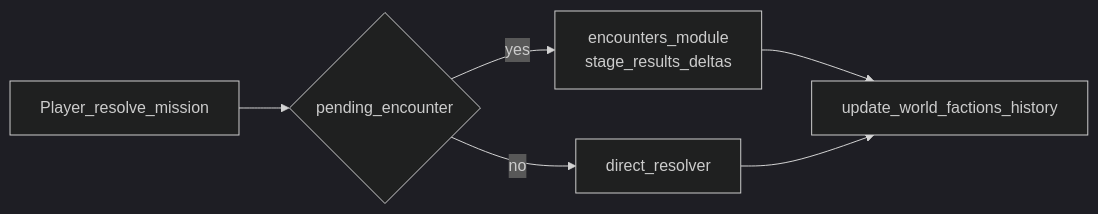
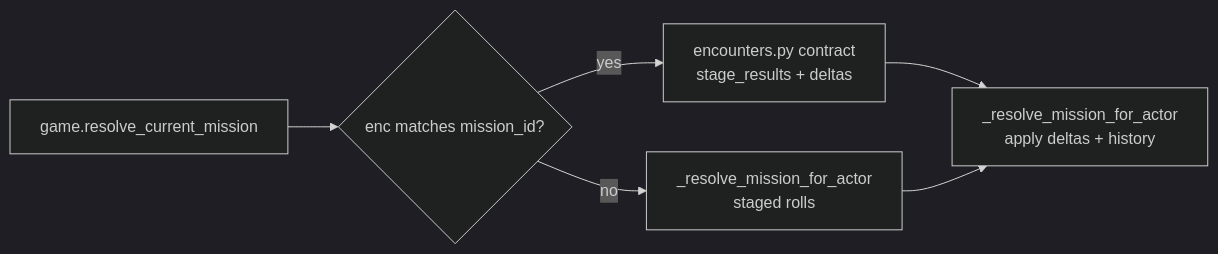
One commit to NeuroGamingLab/Neuro-Threadfall-MAS changed the sixth of 6 diagrams in README.md. Above: the diagram before and after it, drawn with Mermaid. The commit also changed other lines of this file, not shown here.

````diff
--- a/README.md
+++ b/README.md
@@ -169,9 +206,9 @@
 ```mermaid
 %%{init: {'theme':'dark'}}%%
 flowchart LR
-  P[Player_resolve_mission] --> E{pending_encounter}
-  E -->|yes| X[encounters_module\nstage_results_deltas]
-  E -->|no| R[direct_resolver]
-  X --> U[update_world_factions_history]
+  P["game.resolve_current_mission"] --> E{enc matches mission_id?}
+  E -->|yes| X["encounters.py contract\nstage_results + deltas"]
+  E -->|no| R["_resolve_mission_for_actor\nstaged rolls"]
+  X --> U["_resolve_mission_for_actor\napply deltas + history"]
   R --> U
 ```
````
